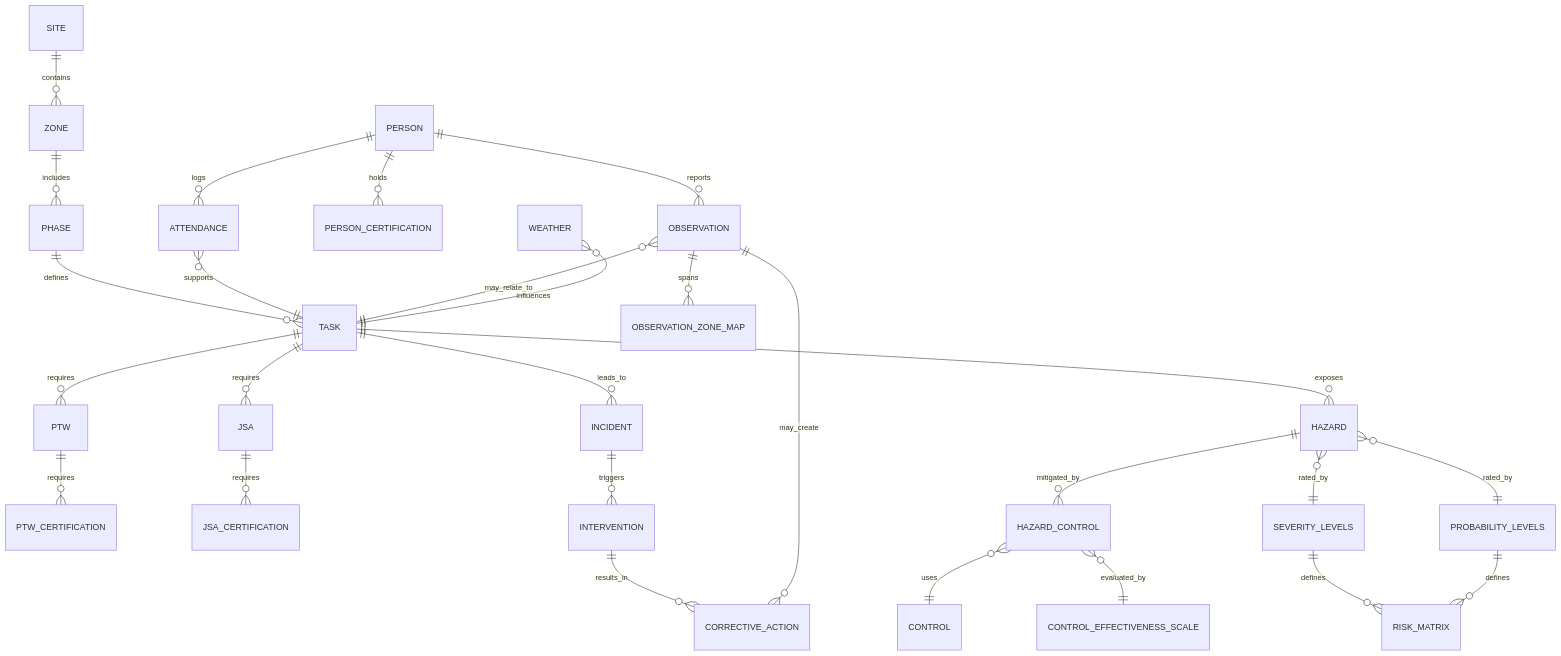
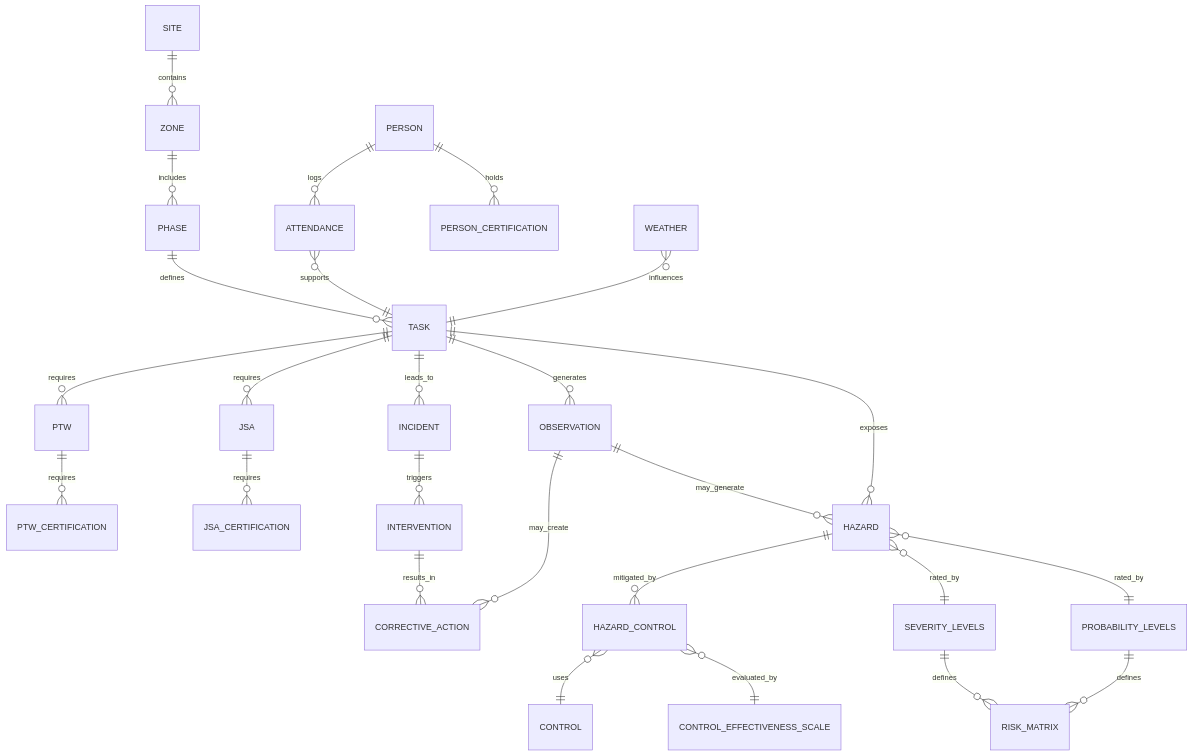
One commit to Euchie23/Euchie23 changed the second of 2 diagrams in README.md. Above: the diagram before and after it, drawn with Mermaid.

````diff
--- a/README.md
+++ b/README.md
@@ -129,38 +129,37 @@
 ```mermaid
 erDiagram
     SITE ||--o{ ZONE : contains
     ZONE ||--o{ PHASE : includes
     PHASE ||--o{ TASK : defines
 
     PERSON ||--o{ ATTENDANCE : logs
     ATTENDANCE }o--|| TASK : supports
 
     TASK ||--o{ PTW : requires
     TASK ||--o{ JSA : requires
 
     PERSON ||--o{ PERSON_CERTIFICATION : holds
     PTW ||--o{ PTW_CERTIFICATION : requires
     JSA ||--o{ JSA_CERTIFICATION : requires
 
     TASK ||--o{ INCIDENT : leads_to
     INCIDENT ||--o{ INTERVENTION : triggers
     INTERVENTION ||--o{ CORRECTIVE_ACTION : results_in
 
-    PERSON ||--o{ OBSERVATION : reports
-    OBSERVATION }o--|| TASK : may_relate_to
-    OBSERVATION ||--o{ OBSERVATION_ZONE_MAP : spans
+    TASK ||--o{ OBSERVATION : generates
+    OBSERVATION ||--o{ HAZARD : may_generate
     OBSERVATION ||--o{ CORRECTIVE_ACTION : may_create
 
     TASK ||--o{ HAZARD : exposes
     HAZARD ||--o{ HAZARD_CONTROL : mitigated_by
     HAZARD_CONTROL }o--|| CONTROL : uses
 
     HAZARD }o--|| SEVERITY_LEVELS : rated_by
     HAZARD }o--|| PROBABILITY_LEVELS : rated_by
     SEVERITY_LEVELS ||--o{ RISK_MATRIX : defines
     PROBABILITY_LEVELS ||--o{ RISK_MATRIX : defines
 
     HAZARD_CONTROL }o--|| CONTROL_EFFECTIVENESS_SCALE : evaluated_by
 
     WEATHER }o--|| TASK : influences
 ```
````
